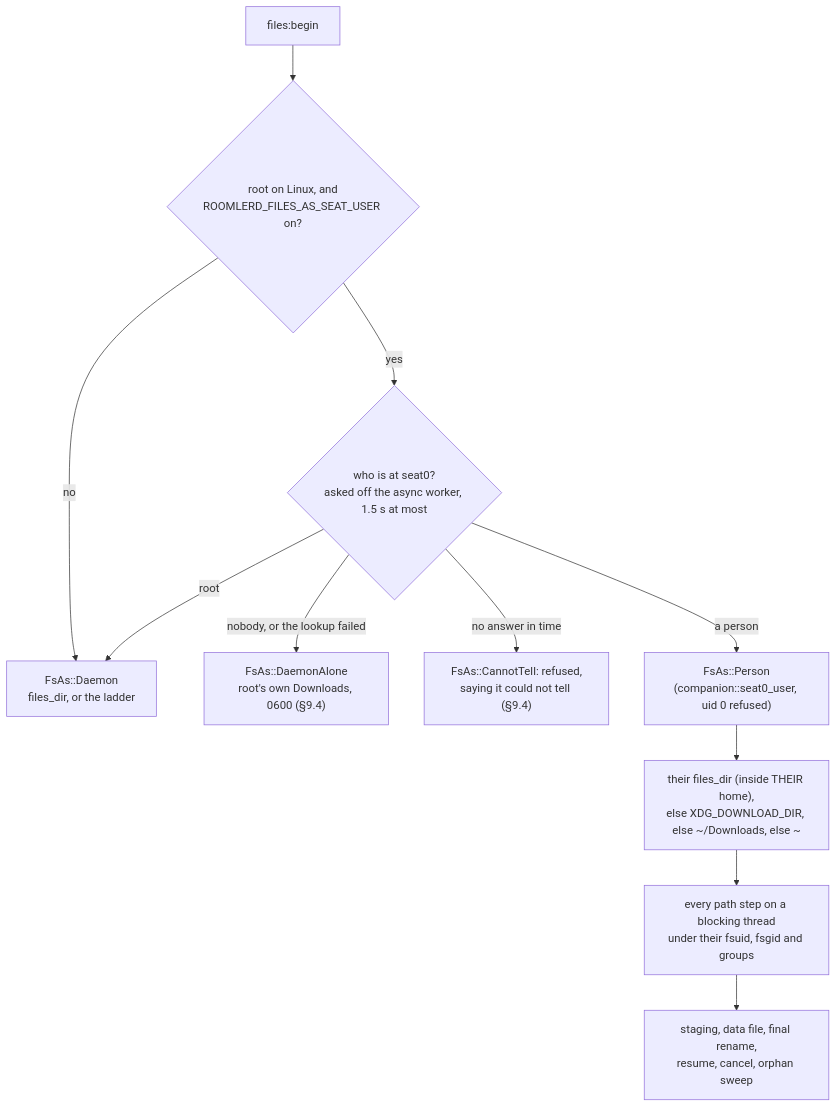
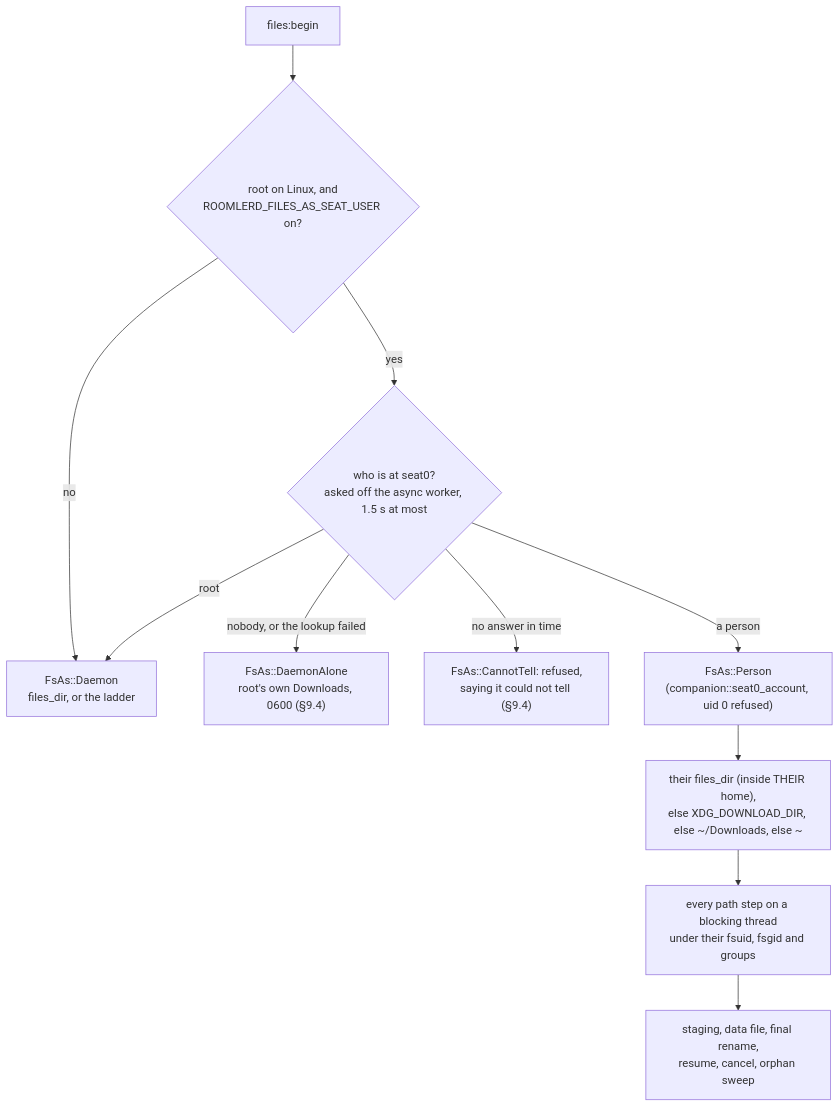
Before and after one commit to gjovanov/roomler-ai: the seventh of 23 diagrams in docs/desktop-companion.md, drawn with Mermaid. The commit also changed other lines of this file and 29 other files, not shown here.

First line of the commit message:
fix(exec): console_user asks who is at seat0 off the async worker, 1.5 s at most, and a timeout refuses with try again (#3851)

````diff
--- a/docs/desktop-companion.md
+++ b/docs/desktop-companion.md
@@ -557,13 +557,13 @@
 ```mermaid
 flowchart TD
     B["files:begin"] --> Q{"root on Linux, and<br/>ROOMLERD_FILES_AS_SEAT_USER on?"}
     Q -- "no" --> D["FsAs::Daemon<br/>files_dir, or the ladder"]
     Q -- "yes" --> W{"who is at seat0?<br/>asked off the async worker, 1.5 s at most"}
     W -- "root" --> D
     W -- "nobody, or the lookup failed" --> A["FsAs::DaemonAlone<br/>root's own Downloads, 0600 (§9.4)"]
     W -- "no answer in time" --> C["FsAs::CannotTell: refused,<br/>saying it could not tell (§9.4)"]
-    W -- "a person" --> P["FsAs::Person<br/>(companion::seat0_user, uid 0 refused)"]
+    W -- "a person" --> P["FsAs::Person<br/>(companion::seat0_account, uid 0 refused)"]
     P --> F["their files_dir (inside THEIR home),<br/>else XDG_DOWNLOAD_DIR, else ~/Downloads, else ~"]
     F --> S["every path step on a blocking thread<br/>under their fsuid, fsgid and groups"]
     S --> R["staging, data file, final rename,<br/>resume, cancel, orphan sweep"]
 ```
````
